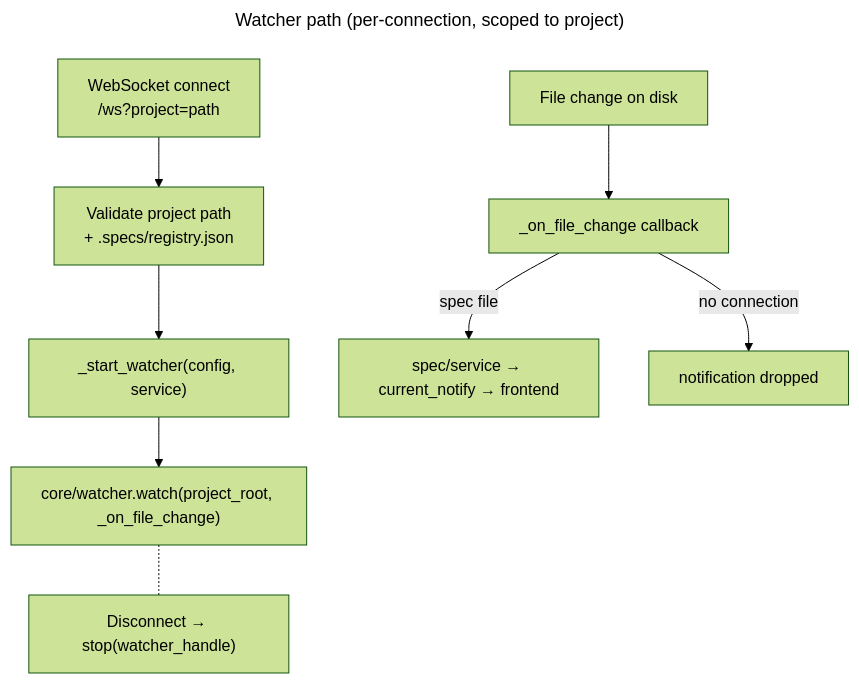
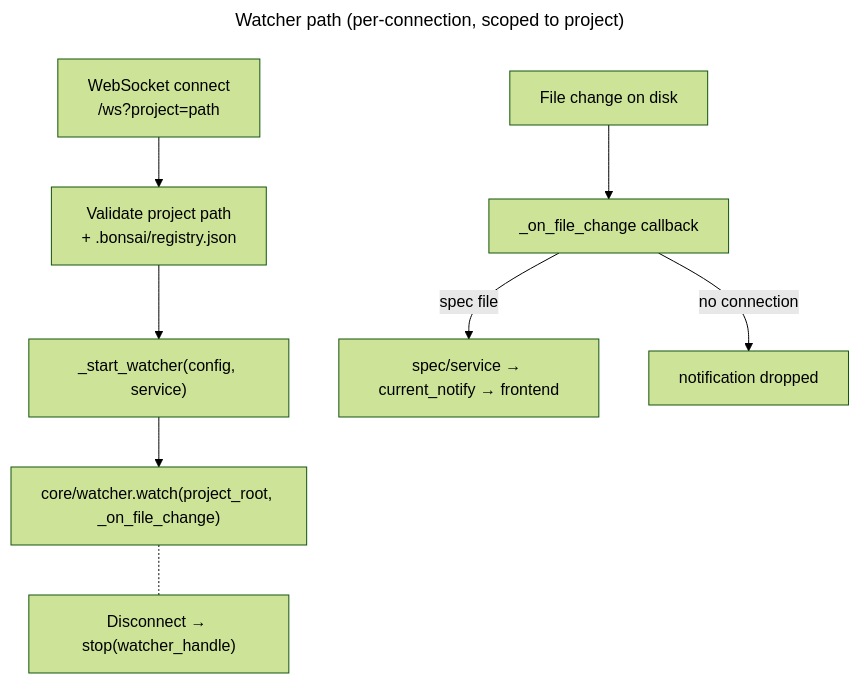
The second of 3 diagrams in backend/app/rpc/README.md (JetBrains/thinkrail), drawn with Mermaid (forest theme) before and after one commit. The commit also changed other lines of this file and 53 other files, not shown here.

Commit message:
.specs -> .bonsai

````diff
--- a/backend/app/rpc/README.md
+++ b/backend/app/rpc/README.md
@@ -182,21 +182,21 @@
 ```mermaid
 ---
 title: "Watcher path (per-connection, scoped to project)"
 ---
 graph TD
     Connect["WebSocket connect<br/>/ws?project=path"]
-    Validate["Validate project path<br/>+ .specs/registry.json"]
+    Validate["Validate project path<br/>+ .bonsai/registry.json"]
     StartW["_start_watcher(config, service)"]
     Watch["core/watcher.watch(project_root, _on_file_change)"]
     Change["File change on disk"]
     Callback["_on_file_change callback"]
     SpecPath["spec/service → current_notify → frontend"]
     Dropped["notification dropped"]
     StopW["Disconnect → stop(watcher_handle)"]
 
     Connect --> Validate --> StartW --> Watch
     Change --> Callback
     Callback -- "spec file" --> SpecPath
     Callback -- "no connection" --> Dropped
     Watch -.- StopW
 ```
````
